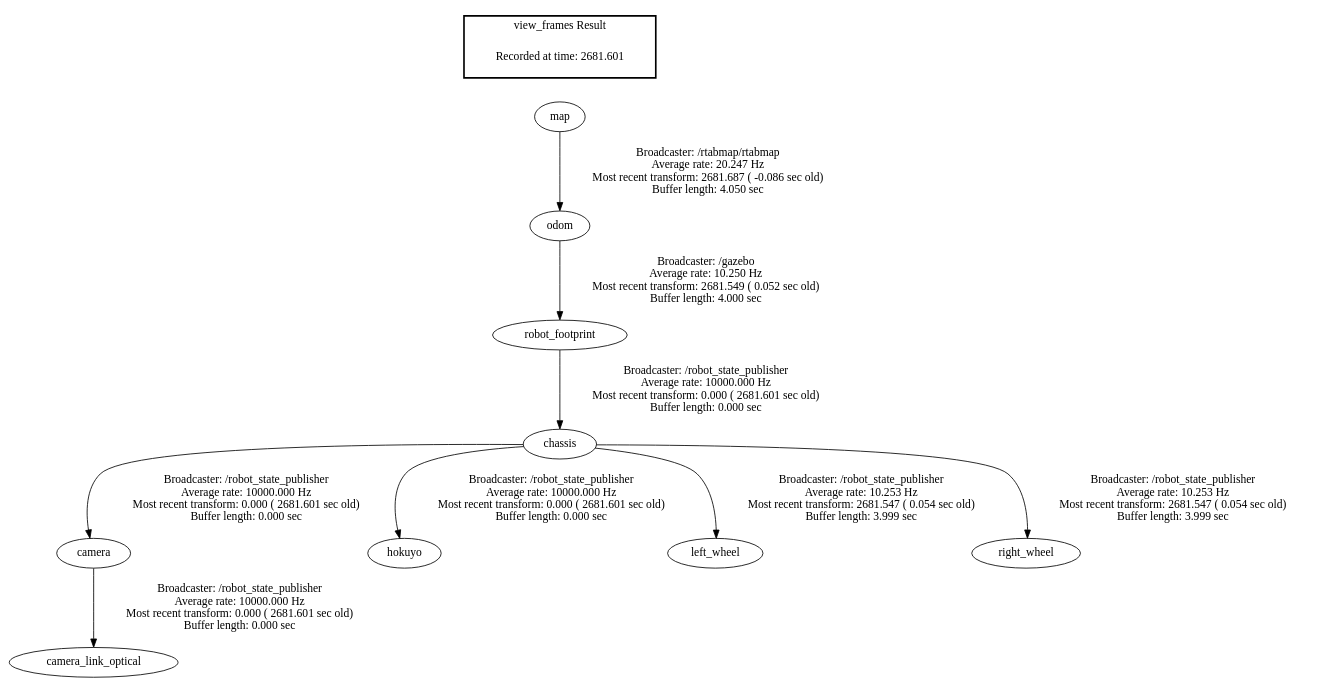
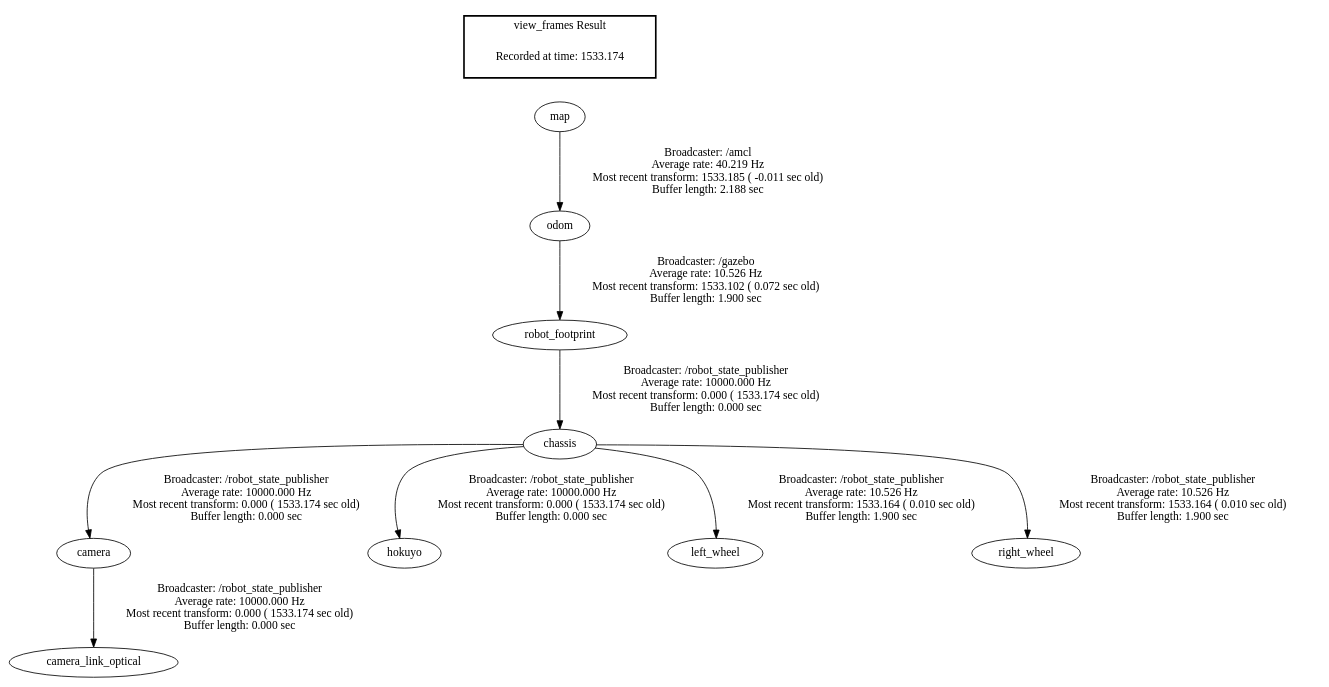
The diagram in frames.gv (markomiz/ros_robots), drawn with Graphviz before and after one commit. The commit also changed 23 other files, not shown here.

```diff
--- a/frames.gv
+++ b/frames.gv
@@ -1,14 +1,14 @@
 digraph G {
-"chassis" -> "camera"[label="Broadcaster: /robot_state_publisher\nAverage rate: 10000.000 Hz\nMost recent transform: 0.000 ( 2681.601 sec old)\nBuffer length: 0.000 sec\n"];
-"robot_footprint" -> "chassis"[label="Broadcaster: /robot_state_publisher\nAverage rate: 10000.000 Hz\nMost recent transform: 0.000 ( 2681.601 sec old)\nBuffer length: 0.000 sec\n"];
-"camera" -> "camera_link_optical"[label="Broadcaster: /robot_state_publisher\nAverage rate: 10000.000 Hz\nMost recent transform: 0.000 ( 2681.601 sec old)\nBuffer length: 0.000 sec\n"];
-"chassis" -> "hokuyo"[label="Broadcaster: /robot_state_publisher\nAverage rate: 10000.000 Hz\nMost recent transform: 0.000 ( 2681.601 sec old)\nBuffer length: 0.000 sec\n"];
-"odom" -> "robot_footprint"[label="Broadcaster: /gazebo\nAverage rate: 10.250 Hz\nMost recent transform: 2681.549 ( 0.052 sec old)\nBuffer length: 4.000 sec\n"];
-"map" -> "odom"[label="Broadcaster: /rtabmap/rtabmap\nAverage rate: 20.247 Hz\nMost recent transform: 2681.687 ( -0.086 sec old)\nBuffer length: 4.050 sec\n"];
-"chassis" -> "left_wheel"[label="Broadcaster: /robot_state_publisher\nAverage rate: 10.253 Hz\nMost recent transform: 2681.547 ( 0.054 sec old)\nBuffer length: 3.999 sec\n"];
-"chassis" -> "right_wheel"[label="Broadcaster: /robot_state_publisher\nAverage rate: 10.253 Hz\nMost recent transform: 2681.547 ( 0.054 sec old)\nBuffer length: 3.999 sec\n"];
+"chassis" -> "camera"[label="Broadcaster: /robot_state_publisher\nAverage rate: 10000.000 Hz\nMost recent transform: 0.000 ( 1533.174 sec old)\nBuffer length: 0.000 sec\n"];
+"robot_footprint" -> "chassis"[label="Broadcaster: /robot_state_publisher\nAverage rate: 10000.000 Hz\nMost recent transform: 0.000 ( 1533.174 sec old)\nBuffer length: 0.000 sec\n"];
+"camera" -> "camera_link_optical"[label="Broadcaster: /robot_state_publisher\nAverage rate: 10000.000 Hz\nMost recent transform: 0.000 ( 1533.174 sec old)\nBuffer length: 0.000 sec\n"];
+"chassis" -> "hokuyo"[label="Broadcaster: /robot_state_publisher\nAverage rate: 10000.000 Hz\nMost recent transform: 0.000 ( 1533.174 sec old)\nBuffer length: 0.000 sec\n"];
+"odom" -> "robot_footprint"[label="Broadcaster: /gazebo\nAverage rate: 10.526 Hz\nMost recent transform: 1533.102 ( 0.072 sec old)\nBuffer length: 1.900 sec\n"];
+"map" -> "odom"[label="Broadcaster: /amcl\nAverage rate: 40.219 Hz\nMost recent transform: 1533.185 ( -0.011 sec old)\nBuffer length: 2.188 sec\n"];
+"chassis" -> "left_wheel"[label="Broadcaster: /robot_state_publisher\nAverage rate: 10.526 Hz\nMost recent transform: 1533.164 ( 0.010 sec old)\nBuffer length: 1.900 sec\n"];
+"chassis" -> "right_wheel"[label="Broadcaster: /robot_state_publisher\nAverage rate: 10.526 Hz\nMost recent transform: 1533.164 ( 0.010 sec old)\nBuffer length: 1.900 sec\n"];
 edge [style=invis];
  subgraph cluster_legend { style=bold; color=black; label ="view_frames Result";
-"Recorded at time: 2681.601"[ shape=plaintext ] ;
+"Recorded at time: 1533.174"[ shape=plaintext ] ;
  }->"map";
 }
```
